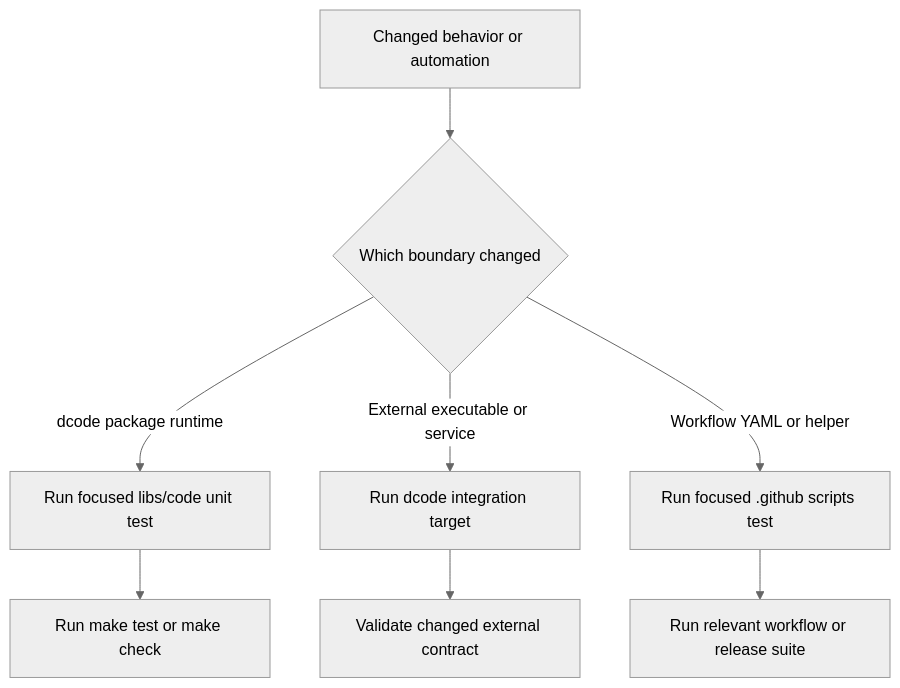
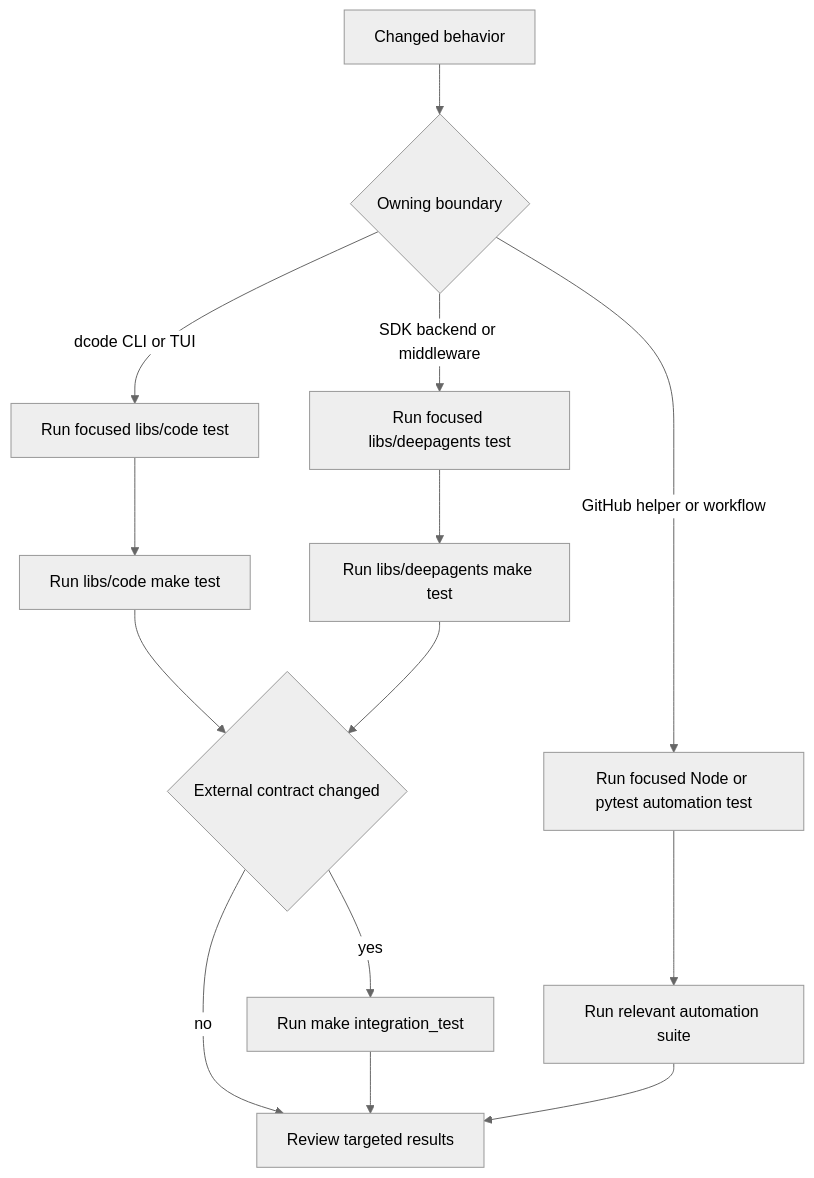
The first of 2 diagrams in openwiki/testing/testing-guide.md (langchain-ai/deepagents), drawn with Mermaid (neutral theme) before and after one commit. The commit also changed other lines of this file and 37 other files, not shown here.

````diff
--- a/openwiki/testing/testing-guide.md
+++ b/openwiki/testing/testing-guide.md
@@ -66,10 +47,16 @@
 ```mermaid
 flowchart TD
-    Change["Changed behavior or automation"] --> Boundary{"Which boundary changed"}
-    Boundary -->|"dcode package runtime"| Focus["Run focused libs/code unit test"]
-    Focus --> Package["Run make test or make check"]
-    Boundary -->|"External executable or service"| Integration["Run dcode integration target"]
-    Boundary -->|"Workflow YAML or helper"| Workflow["Run focused .github scripts test"]
-    Workflow --> Automation["Run relevant workflow or release suite"]
-    Integration --> Contract["Validate changed external contract"]
+    Change["Changed behavior"] --> Area{"Owning boundary"}
+    Area -->|"dcode CLI or TUI"| CodeFocus["Run focused libs/code test"]
+    CodeFocus --> CodeSuite["Run libs/code make test"]
+    Area -->|"SDK backend or middleware"| SDKFocus["Run focused libs/deepagents test"]
+    SDKFocus --> SDKSuite["Run libs/deepagents make test"]
+    Area -->|"GitHub helper or workflow"| Automation["Run focused Node or pytest automation test"]
+    Automation --> Review["Run relevant automation suite"]
+    CodeSuite --> Integration{"External contract changed"}
+    SDKSuite --> Integration
+    Integration -->|"yes"| IntegrationRun["Run make integration_test"]
+    Integration -->|"no"| Done["Review targeted results"]
+    IntegrationRun --> Done
+    Review --> Done
 ```
````
